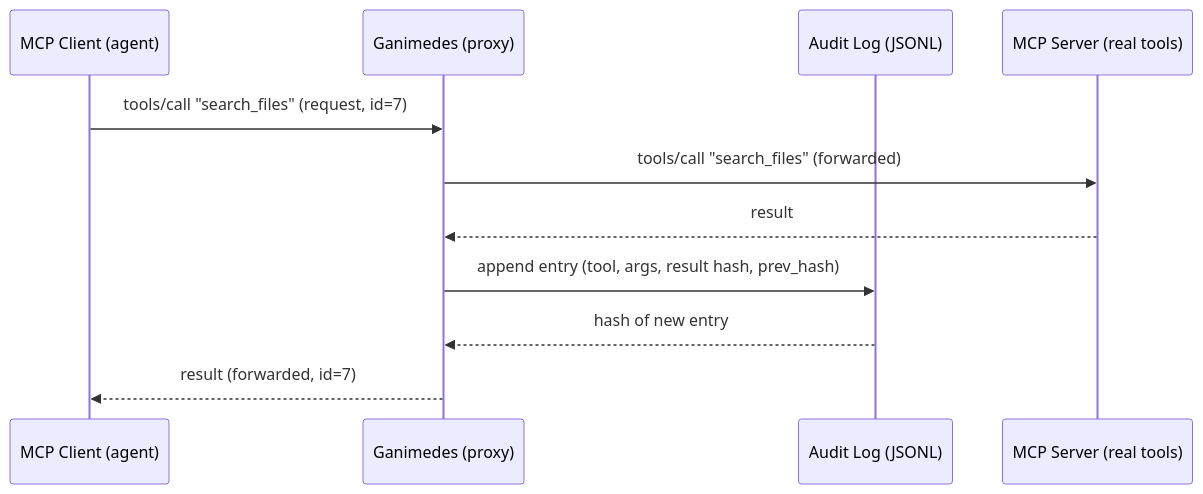
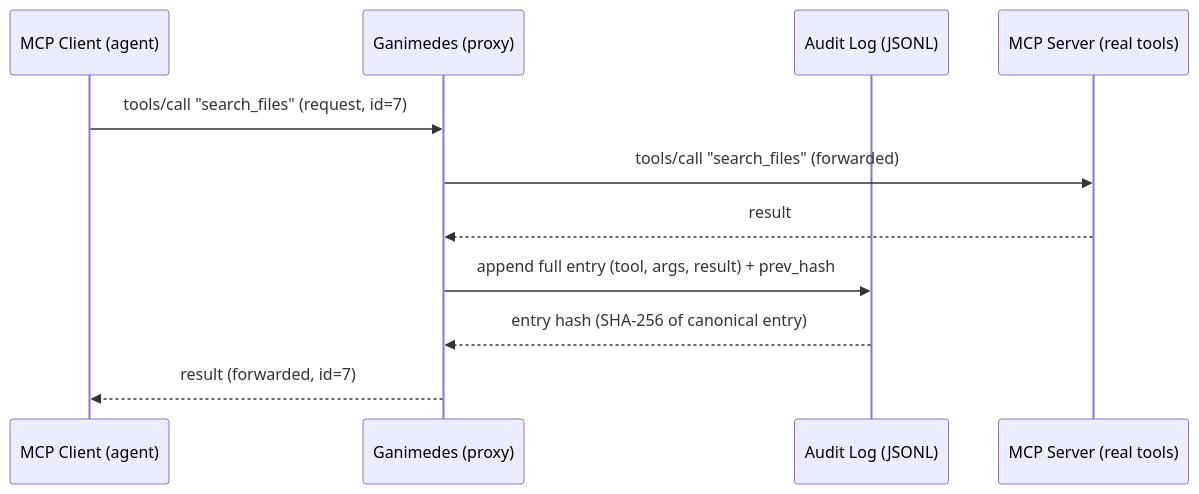
Before and after one commit to Jegoba90/Ganimedes-Project: the second of 4 diagrams in docs/SEQUENCES.md, drawn with Mermaid. The commit also changed other lines of this file and 4 other files, not shown here.

````diff
--- a/docs/SEQUENCES.md
+++ b/docs/SEQUENCES.md
@@ -39,14 +50,14 @@
 ```mermaid
 sequenceDiagram
     participant C as MCP Client (agent)
     participant G as Ganimedes (proxy)
     participant A as Audit Log (JSONL)
     participant S as MCP Server (real tools)
 
     C->>G: tools/call "search_files" (request, id=7)
     G->>S: tools/call "search_files" (forwarded)
     S-->>G: result
-    G->>A: append entry (tool, args, result hash, prev_hash)
-    A-->>G: hash of new entry
+    G->>A: append full entry (tool, args, result) + prev_hash
+    A-->>G: entry hash (SHA-256 of canonical entry)
     G-->>C: result (forwarded, id=7)
 ```
````
